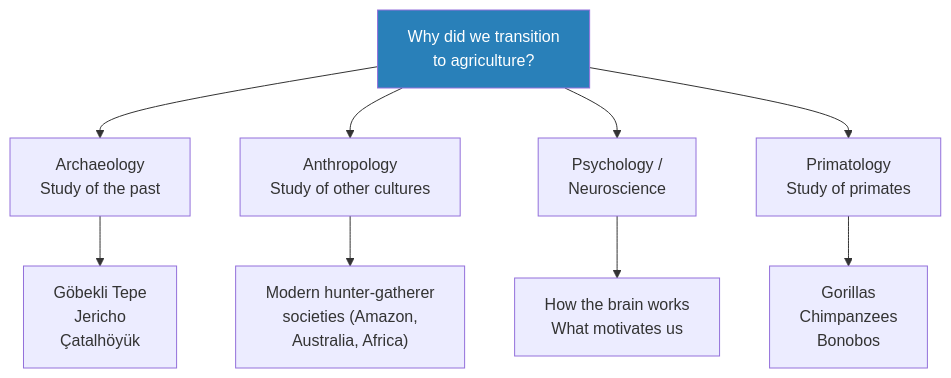
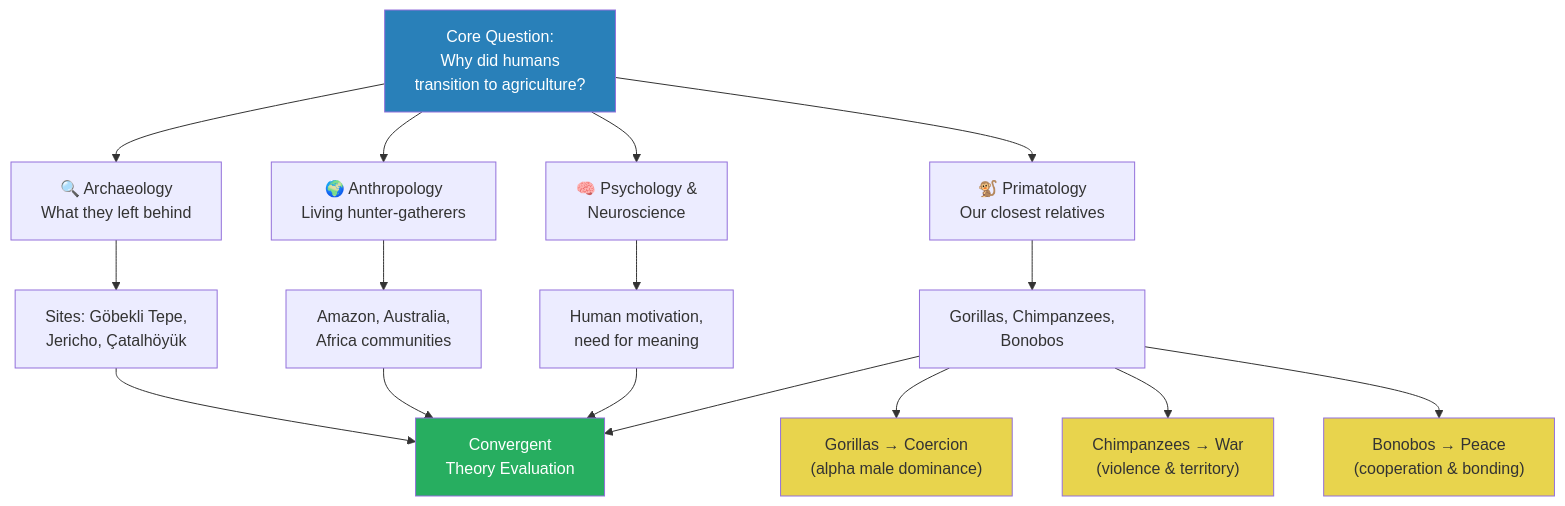
The second of 7 diagrams in summaries/Lectures/Civilization/01 - Explaining Humanity's Transition to Agriculture.md (alius33/reader), drawn with Mermaid before and after one commit. The commit also changed other lines of this file and 276 other files, not shown here.

````diff
--- a/summaries/Lectures/Civilization/01 - Explaining Humanity's Transition to Agriculture.md
+++ b/summaries/Lectures/Civilization/01 - Explaining Humanity's Transition to Agriculture.md
@@ -85,13 +258,24 @@
 ```mermaid
 flowchart TB
-    Q["Why did we transition<br/>to agriculture?"]
-    Q --> A["Archaeology<br/>Study of the past"]
-    Q --> AN["Anthropology<br/>Study of other cultures"]
-    Q --> P["Psychology /<br/>Neuroscience"]
-    Q --> PR["Primatology<br/>Study of primates"]
-    A --> A1["Göbekli Tepe<br/>Jericho<br/>Çatalhöyük"]
-    AN --> AN1["Modern hunter-gatherer<br/>societies (Amazon,<br/>Australia, Africa)"]
-    P --> P1["How the brain works<br/>What motivates us"]
-    PR --> PR1["Gorillas<br/>Chimpanzees<br/>Bonobos"]
+    Q["Core Question:<br/>Why did humans<br/>transition to agriculture?"]
+    Q --> AR["🔍 Archaeology<br/>What they left behind"]
+    Q --> AN["🌍 Anthropology<br/>Living hunter-gatherers"]
+    Q --> PS["🧠 Psychology &<br/>Neuroscience"]
+    Q --> PR["🐒 Primatology<br/>Our closest relatives"]
+    AR --> AR1["Sites: Göbekli Tepe,<br/>Jericho, Çatalhöyük"]
+    AN --> AN1["Amazon, Australia,<br/>Africa communities"]
+    PS --> PS1["Human motivation,<br/>need for meaning"]
+    PR --> PR1["Gorillas, Chimpanzees,<br/>Bonobos"]
+    AR1 --> TE["Convergent<br/>Theory Evaluation"]
+    AN1 --> TE
+    PS1 --> TE
+    PR1 --> TE
+    PR1 --> G["Gorillas → Coercion<br/>(alpha male dominance)"]
+    PR1 --> CH["Chimpanzees → War<br/>(violence & territory)"]
+    PR1 --> BO["Bonobos → Peace<br/>(cooperation & bonding)"]
     style Q fill:#2980b9,color:#fff
+    style TE fill:#27ae60,color:#fff
+    style G fill:#e8d44d,color:#333
+    style CH fill:#e8d44d,color:#333
+    style BO fill:#e8d44d,color:#333
 ```
````
